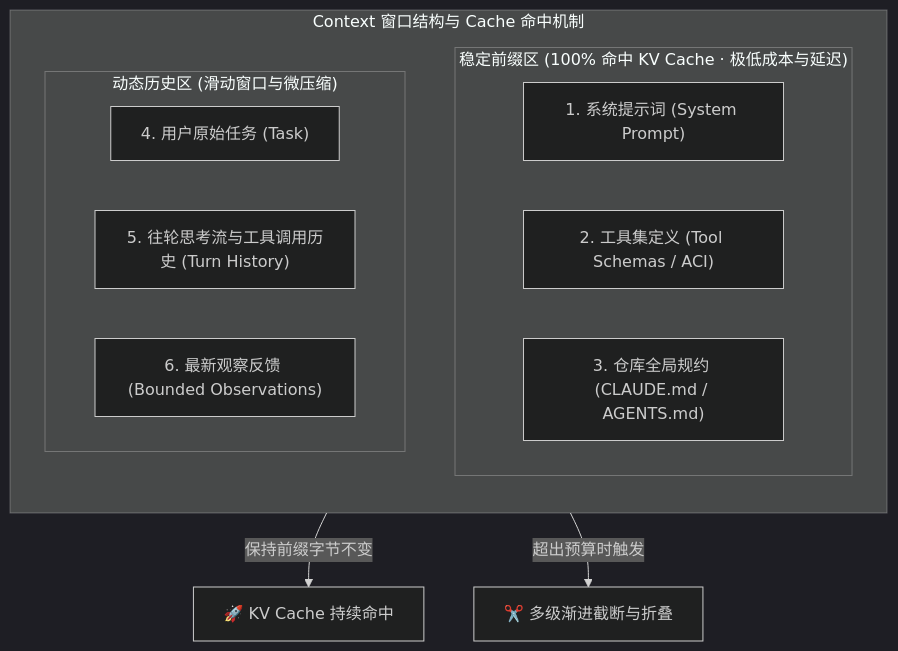
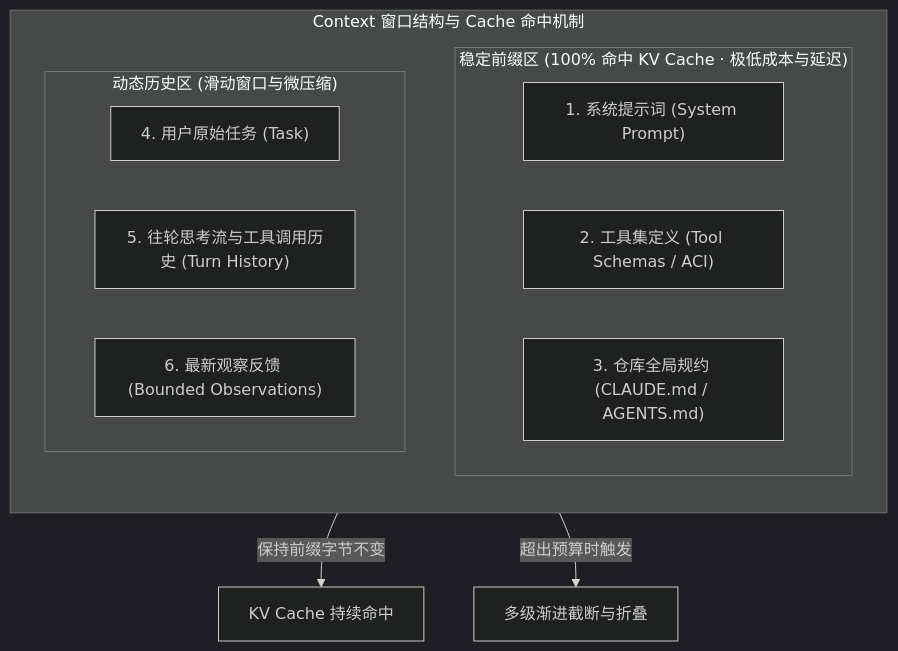
Before and after one commit to ImWenyaoT/website: the third of 3 diagrams in src/content/docs/harness/index.mdx, drawn with Mermaid (dark theme). The commit also changed other lines of this file and 12 other files, not shown here.

````diff
--- a/src/content/docs/harness/index.mdx
+++ b/src/content/docs/harness/index.mdx
@@ -100,20 +94,20 @@
 ```mermaid
 flowchart TD
     subgraph ContextWindow["Context 窗口结构与 Cache 命中机制"]
         direction TB
         subgraph CachedPrefix["稳定前缀区 (100% 命中 KV Cache · 极低成本与延迟)"]
             P1["1. 系统提示词 (System Prompt)"]
             P2["2. 工具集定义 (Tool Schemas / ACI)"]
             P3["3. 仓库全局规约 (CLAUDE.md / AGENTS.md)"]
         end
 
         subgraph DynamicHistory["动态历史区 (滑动窗口与微压缩)"]
             H1["4. 用户原始任务 (Task)"]
             H2["5. 往轮思考流与工具调用历史 (Turn History)"]
             H3["6. 最新观察反馈 (Bounded Observations)"]
         end
     end
 
-    CachedPrefix -->|"保持前缀字节不变"| CacheHit["🚀 KV Cache 持续命中"]
-    DynamicHistory -->|"超出预算时触发"| Truncation["✂️ 多级渐进截断与折叠"]
+    CachedPrefix -->|"保持前缀字节不变"| CacheHit["KV Cache 持续命中"]
+    DynamicHistory -->|"超出预算时触发"| Truncation["多级渐进截断与折叠"]
 ```
````
